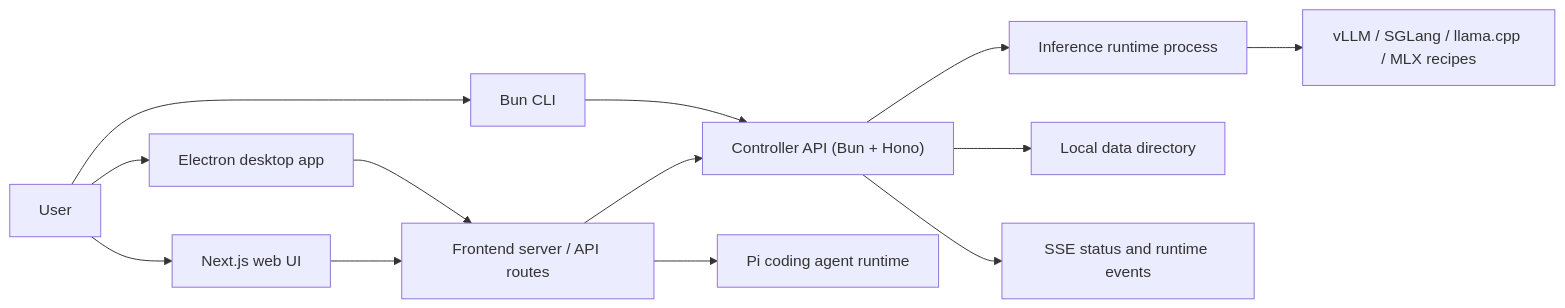
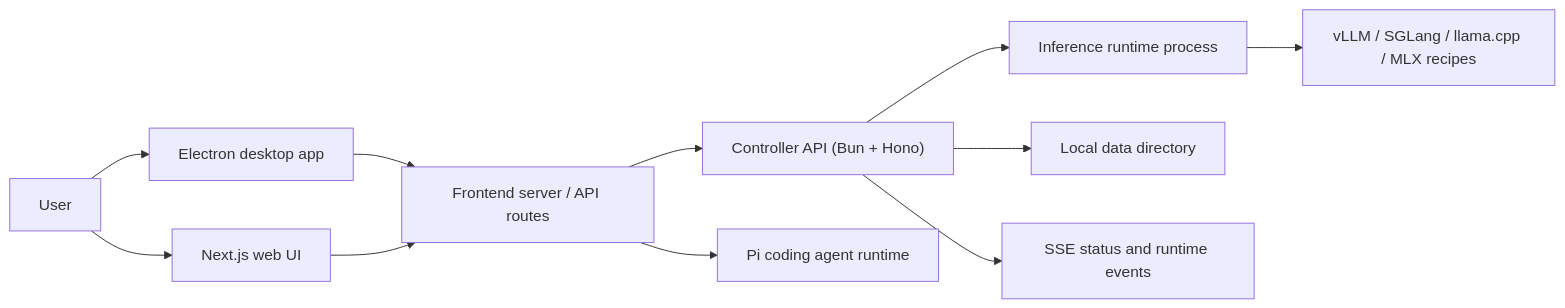
The first of 2 diagrams in README.md (0xSero/vllm-studio), drawn with Mermaid before and after one commit. The commit also changed other lines of this file and 29 other files, not shown here.

````diff
--- a/README.md
+++ b/README.md
@@ -29,17 +27,14 @@
 ```mermaid
 flowchart LR
     User["User"] --> Desktop["Electron desktop app"]
     User --> Web["Next.js web UI"]
-    User --> CLI["Bun CLI"]
-
     Desktop --> Frontend["Frontend server / API routes"]
     Web --> Frontend
-    CLI --> Controller["Controller API (Bun + Hono)"]
-    Frontend --> Controller
+    Frontend --> Controller["Controller API (Bun + Hono)"]
 
     Controller --> Runtime["Inference runtime process"]
     Runtime --> Backends["vLLM / SGLang / llama.cpp / MLX recipes"]
     Controller --> Data["Local data directory"]
     Controller --> Events["SSE status and runtime events"]
     Frontend --> Agent["Pi coding agent runtime"]
 ```
````
